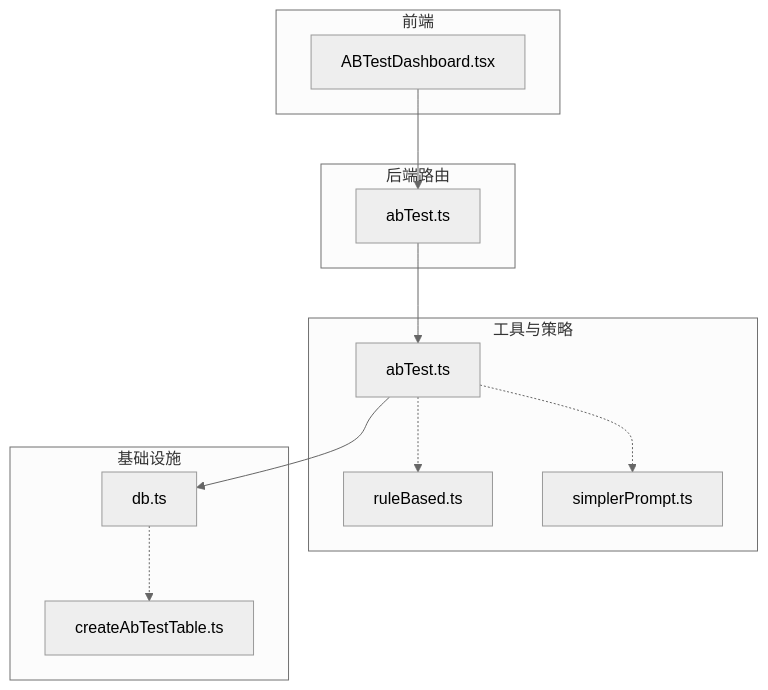
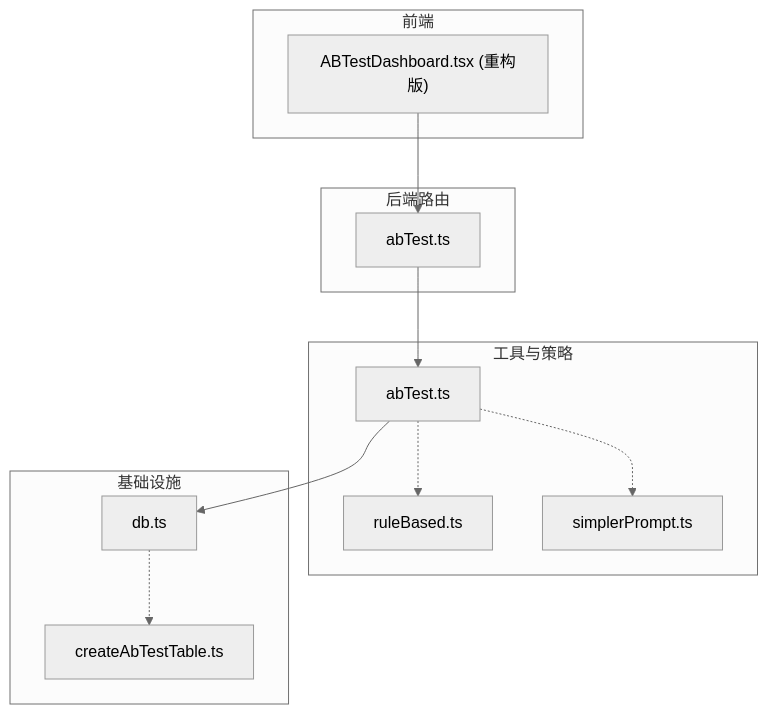
One commit to dgjin/smart-data-analytics changed the first of 4 diagrams in .qoder/repowiki/zh/content/AI与LLM集成/A_B测试框架.md. Above: the diagram before and after it, drawn with Mermaid (neutral theme). The commit also changed other lines of this file and 100 other files, not shown here.

````diff
--- a/.qoder/repowiki/zh/content/AI与LLM集成/A_B测试框架.md
+++ b/.qoder/repowiki/zh/content/AI与LLM集成/A_B测试框架.md
@@ -47,24 +47,24 @@
 ```mermaid
 graph TB
 subgraph "前端"
-UI["ABTestDashboard.tsx"]
+UI["ABTestDashboard.tsx (重构版)"]
 end
 subgraph "后端路由"
 RT["abTest.ts"]
 end
 subgraph "工具与策略"
 UT["abTest.ts"]
 RB["ruleBased.ts"]
 SP["simplerPrompt.ts"]
 end
 subgraph "基础设施"
 DB["db.ts"]
 DT["createAbTestTable.ts"]
 end
 UI --> RT
 RT --> UT
 UT --> DB
 UT -.-> RB
 UT -.-> SP
 DB -.-> DT
 ```
````
